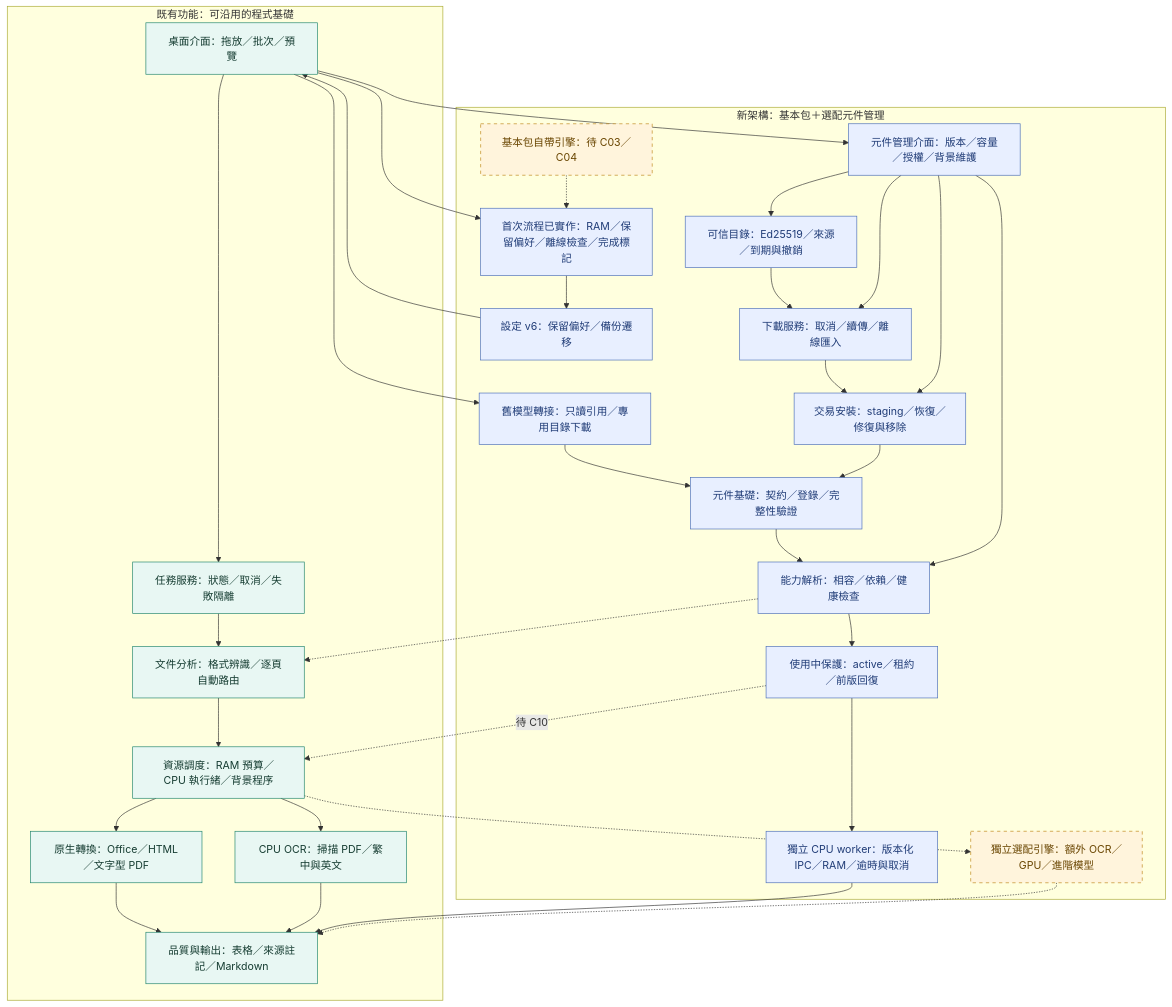
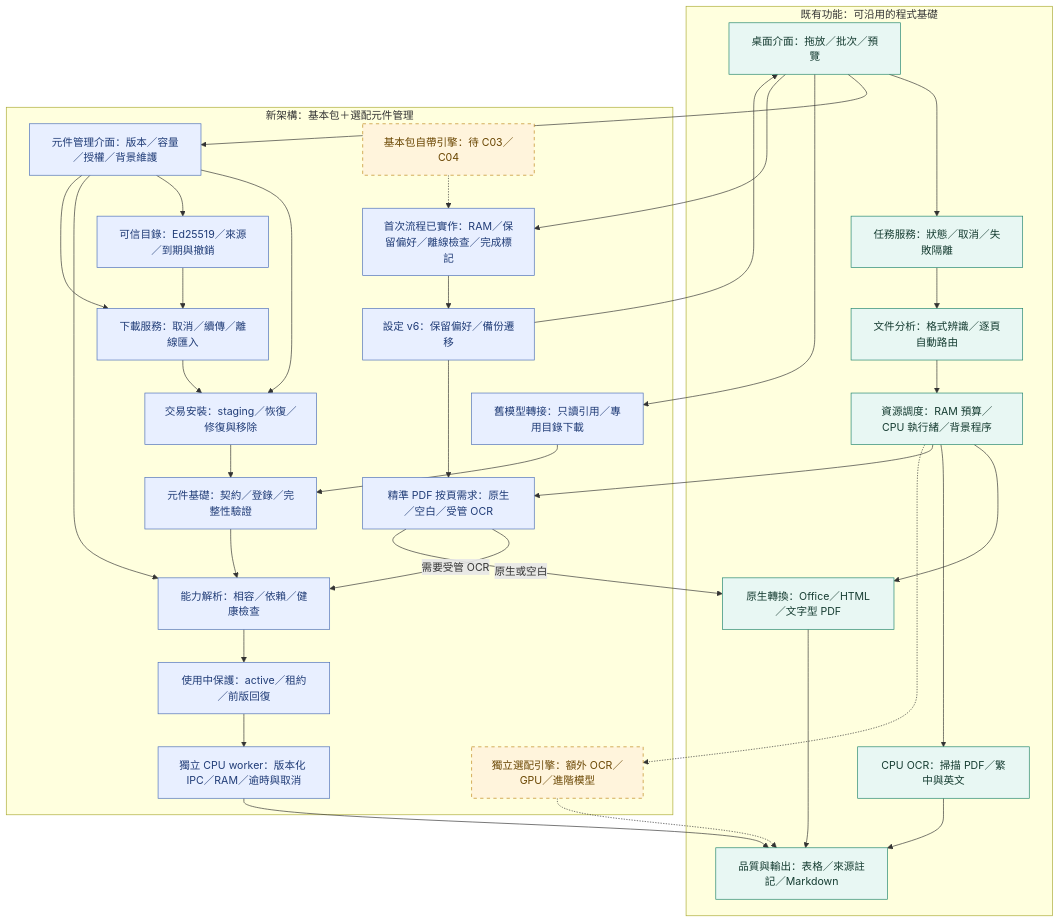
Before and after one commit to ChouTa-chuan/MarkItDown-exe: the diagram in README.md, drawn with Mermaid. The commit also changed other lines of this file and 79 other files, not shown here.

````diff
--- a/README.md
+++ b/README.md
@@ -21,51 +21,54 @@
 ```mermaid
 flowchart TD
     subgraph Existing["既有功能：可沿用的程式基礎"]
         UI["桌面介面：拖放／批次／預覽"] --> APP["任務服務：狀態／取消／失敗隔離"]
         APP --> PLAN["文件分析：格式辨識／逐頁自動路由"]
         PLAN --> RES["資源調度：RAM 預算／CPU 執行緒／背景程序"]
         RES --> NATIVE["原生轉換：Office／HTML／文字型 PDF"]
         RES --> OCR["CPU OCR：掃描 PDF／繁中與英文"]
         NATIVE --> QUALITY["品質與輸出：表格／來源註記／Markdown"]
         OCR --> QUALITY
     end
     subgraph Planned["新架構：基本包＋選配元件管理"]
         COMPONENTUI["元件管理介面：版本／容量／授權／背景維護"]
         FIRST["基本包自帶引擎：待 C03／C04"]
         FIRSTFLOW["首次流程已實作：RAM／保留偏好／離線檢查／完成標記"]
         COMPONENTS["元件基礎：契約／登錄／完整性驗證"]
         CAPABILITY["能力解析：相容／依賴／健康檢查"]
+        ROUTE["精準 PDF 按頁需求：原生／空白／受管 OCR"]
         CPUWORKER["獨立 CPU worker：版本化 IPC／RAM／逾時與取消"]
         OPTIONAL["獨立選配引擎：額外 OCR／GPU／進階模型"]
         COMPONENTS --> CAPABILITY
         LEGACY["舊模型轉接：只讀引用／專用目錄下載"]
         PREFS["設定 v6：保留偏好／備份遷移"]
         LEGACY --> COMPONENTS
         CATALOG["可信目錄：Ed25519／來源／到期與撤銷"] --> DOWNLOAD["下載服務：取消／續傳／離線匯入"]
         DOWNLOAD --> INSTALL["交易安裝：staging／恢復／修復與移除"]
         INSTALL --> COMPONENTS
         CAPABILITY --> LEASE["使用中保護：active／租約／前版回復"]
     end
     UI --> COMPONENTUI
     COMPONENTUI --> INSTALL
     COMPONENTUI --> CATALOG
     COMPONENTUI --> CAPABILITY
     LEASE --> CPUWORKER
     CPUWORKER --> QUALITY
-    LEASE -.->|待 C10| RES
+    RES --> ROUTE
+    ROUTE -->|需要受管 OCR| CAPABILITY
+    ROUTE -->|原生或空白| NATIVE
     COMPONENTUI --> DOWNLOAD
     UI --> LEGACY
     PREFS --> UI
     UI --> FIRSTFLOW
     FIRSTFLOW --> PREFS
     FIRST -.-> FIRSTFLOW
-    CAPABILITY -.-> PLAN
+    PREFS --> ROUTE
     RES -.-> OPTIONAL
     OPTIONAL -.-> QUALITY
     classDef existing fill:#e8f7f3,stroke:#21856d,color:#153c31;
     classDef foundation fill:#e8efff,stroke:#4c6fb8,color:#203c77;
-    class COMPONENTS,CAPABILITY,LEGACY,PREFS,CATALOG,DOWNLOAD,INSTALL,LEASE,CPUWORKER,COMPONENTUI,FIRSTFLOW foundation;
+    class COMPONENTS,CAPABILITY,LEGACY,PREFS,CATALOG,DOWNLOAD,INSTALL,LEASE,CPUWORKER,COMPONENTUI,FIRSTFLOW,ROUTE foundation;
     classDef planned fill:#fff4dc,stroke:#be8519,color:#694500,stroke-dasharray:5 5;
     class UI,APP,PLAN,RES,NATIVE,OCR,QUALITY existing;
     class FIRST,OPTIONAL planned;
 ```
````
